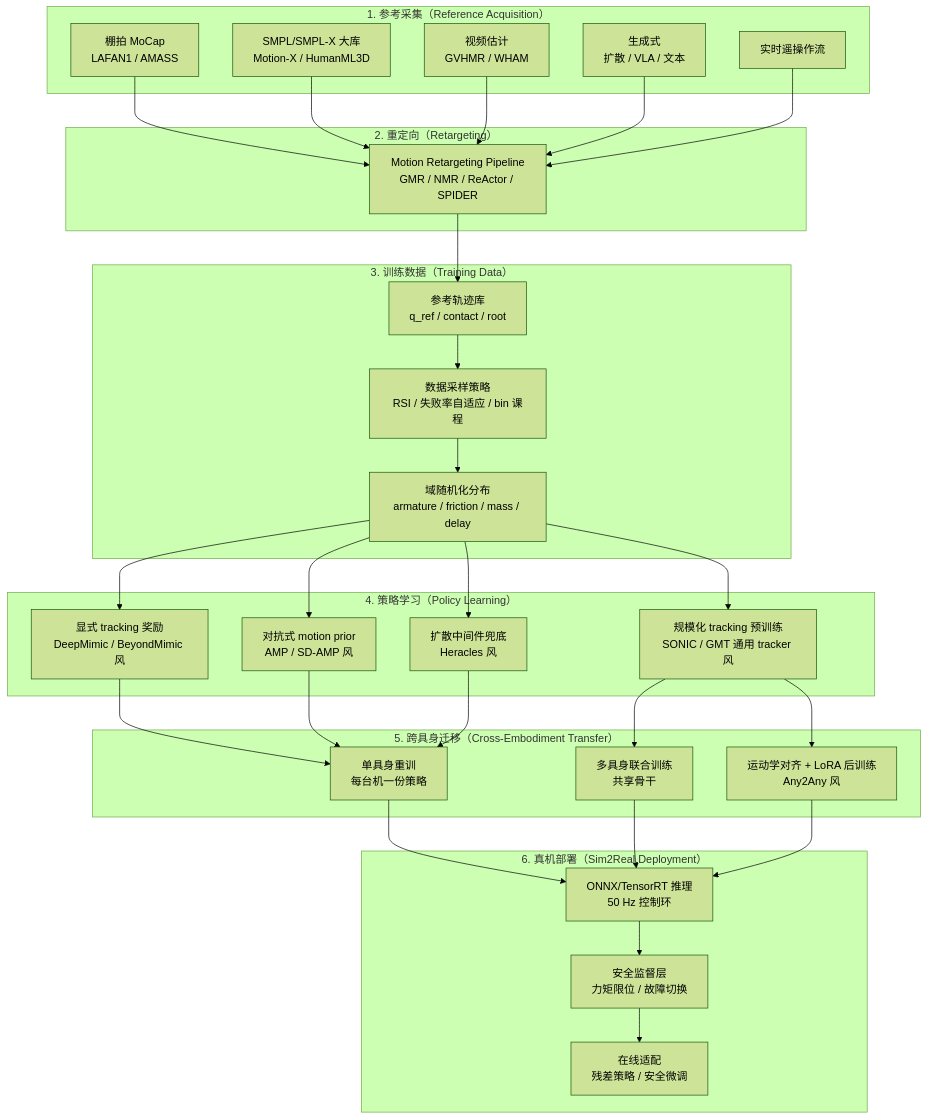
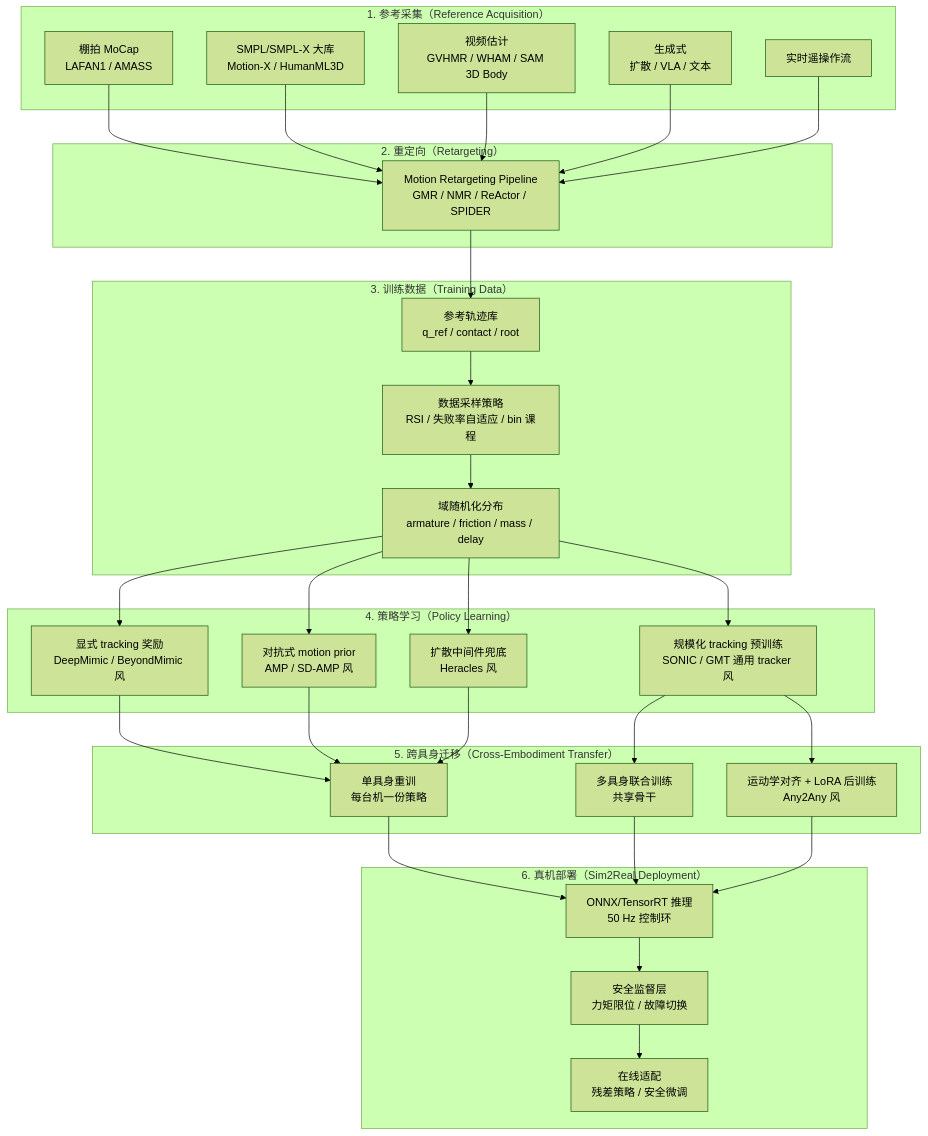
Before and after one commit to ImChong/Robotics_Notebooks: the diagram in wiki/concepts/whole-body-tracking-pipeline.md, drawn with Mermaid (forest theme). The commit also changed other lines of this file and 25 other files, not shown here.

Commit message:
[2026-05-30] ingest | sources/papers/sam_3d_body_arxiv_2602_15989.md、sources/repos/sam-3d-body.md、sources/repos/sam3dbody-cpp.md — SAM 3D Body（MHR 全身 HMR）与 SAM3DBody-cpp 工程运行时入库

````diff
--- a/wiki/concepts/whole-body-tracking-pipeline.md
+++ b/wiki/concepts/whole-body-tracking-pipeline.md
@@ -55,62 +57,62 @@
 ```mermaid
 flowchart TD
   subgraph S1["1. 参考采集（Reference Acquisition）"]
     A1[棚拍 MoCap<br/>LAFAN1 / AMASS]
     A2[SMPL/SMPL-X 大库<br/>Motion-X / HumanML3D]
-    A3[视频估计<br/>GVHMR / WHAM]
+    A3[视频估计<br/>GVHMR / WHAM / SAM 3D Body]
     A4[生成式<br/>扩散 / VLA / 文本]
     A5[实时遥操作流]
   end
 
   subgraph S2["2. 重定向（Retargeting）"]
     R[Motion Retargeting Pipeline<br/>GMR / NMR / ReActor / SPIDER]
   end
 
   subgraph S3["3. 训练数据（Training Data）"]
     D1[参考轨迹库<br/>q_ref / contact / root]
     D2[数据采样策略<br/>RSI / 失败率自适应 / bin 课程]
     D3[域随机化分布<br/>armature / friction / mass / delay]
   end
 
   subgraph S4["4. 策略学习（Policy Learning）"]
     P1[显式 tracking 奖励<br/>DeepMimic / BeyondMimic 风]
     P2[对抗式 motion prior<br/>AMP / SD-AMP 风]
     P3[扩散中间件兜底<br/>Heracles 风]
     P4[规模化 tracking 预训练<br/>SONIC / GMT 通用 tracker 风]
   end
 
   subgraph S5["5. 跨具身迁移（Cross-Embodiment Transfer）"]
     X1[单具身重训<br/>每台机一份策略]
     X2[多具身联合训练<br/>共享骨干]
     X3[运动学对齐 + LoRA 后训练<br/>Any2Any 风]
   end
 
   subgraph S6["6. 真机部署（Sim2Real Deployment）"]
     R1[ONNX/TensorRT 推理<br/>50 Hz 控制环]
     R2[安全监督层<br/>力矩限位 / 故障切换]
     R3[在线适配<br/>残差策略 / 安全微调]
   end
 
   A1 --> R
   A2 --> R
   A3 --> R
   A4 --> R
   A5 --> R
   R --> D1
   D1 --> D2
   D2 --> D3
   D3 --> P1
   D3 --> P2
   D3 --> P3
   D3 --> P4
   P1 --> X1
   P2 --> X1
   P3 --> X1
   P4 --> X2
   P4 --> X3
   X1 --> R1
   X2 --> R1
   X3 --> R1
   R1 --> R2
   R2 --> R3
 ```
````
